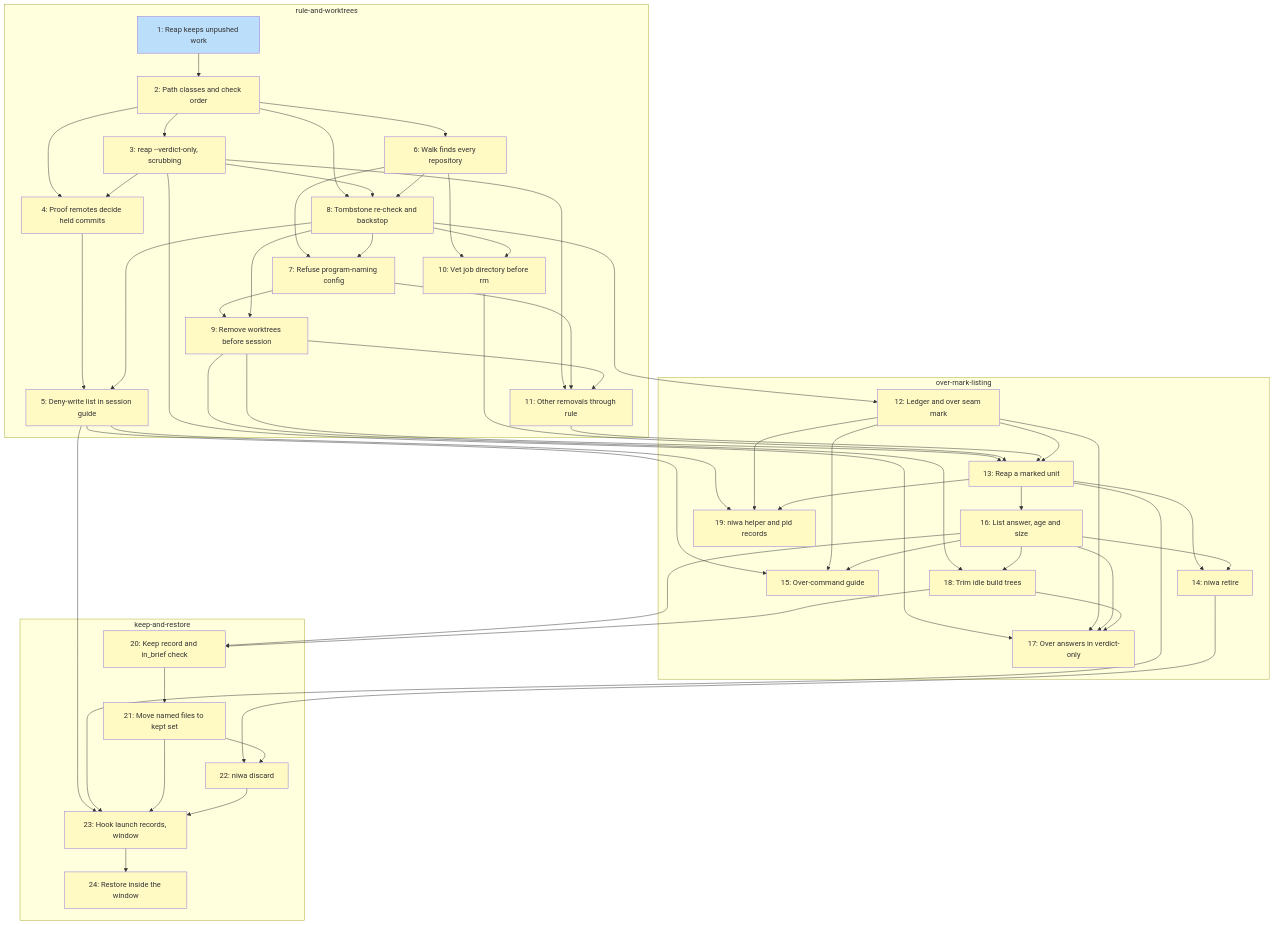
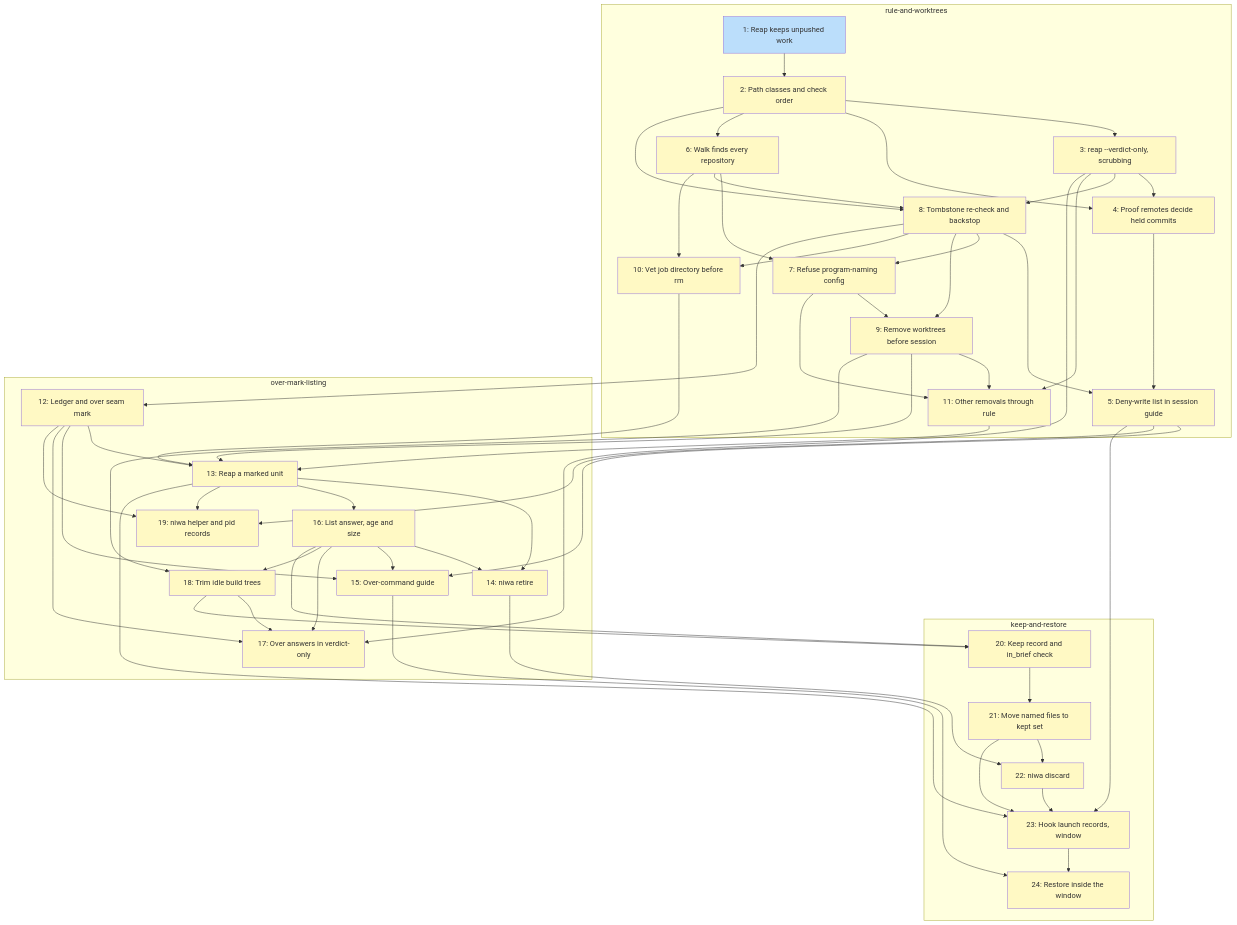
Before and after one commit to tsukumogami/niwa: the diagram in docs/plans/PLAN-over-remover.md, drawn with Mermaid. The commit also changed other lines of this file and 2 other files, not shown here.

```diff
--- a/docs/plans/PLAN-over-remover.md
+++ b/docs/plans/PLAN-over-remover.md
@@ -968,6 +976,7 @@
     I13 --> I23
     I21 --> I23
     I22 --> I23
+    I15 --> I24
     I23 --> I24
 
     classDef done fill:#c8e6c9
```
